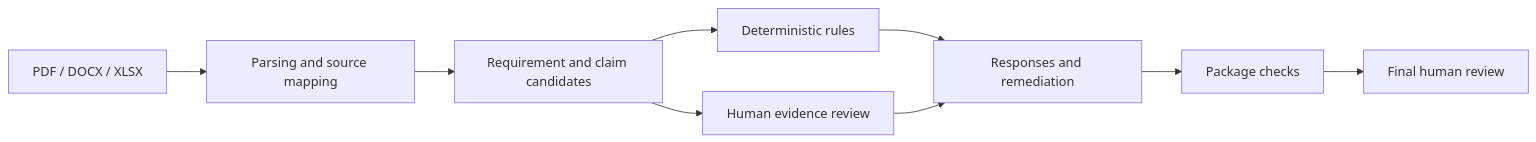
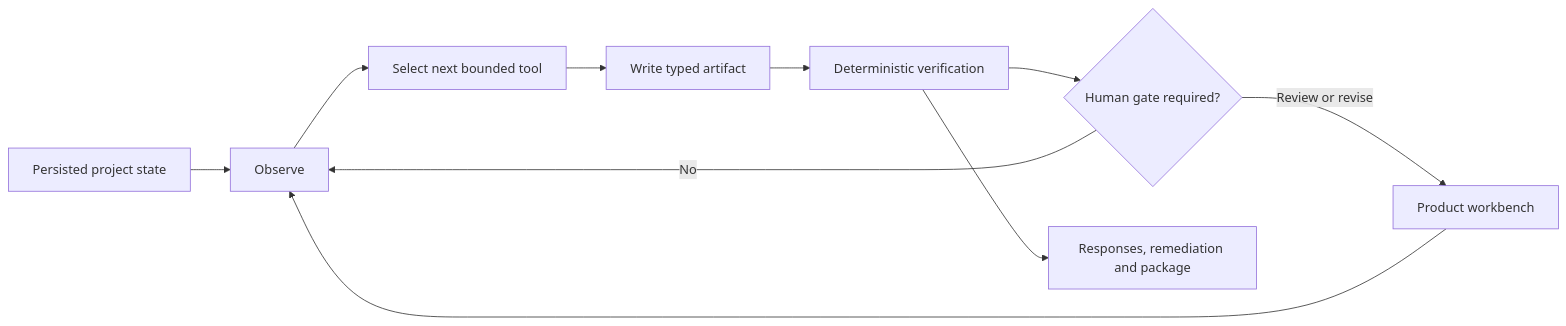
One commit to shawliu998/Dart changed the diagram in README.md. Above: the diagram before and after it, drawn with Mermaid. The commit also changed other lines of this file and 6 other files, not shown here.

````diff
--- a/README.md
+++ b/README.md
@@ -58,11 +75,12 @@
 ```mermaid
 flowchart LR
-    A[PDF / DOCX / XLSX] --> B[Parsing and source mapping]
-    B --> C[Requirement and claim candidates]
-    C --> D[Deterministic rules]
-    C --> E[Human evidence review]
-    D --> F[Responses and remediation]
-    E --> F
-    F --> G[Package checks]
-    G --> H[Final human review]
+    A[Persisted project state] --> B[Observe]
+    B --> C[Select next bounded tool]
+    C --> D[Write typed artifact]
+    D --> E[Deterministic verification]
+    E --> F{Human gate required?}
+    F -->|No| B
+    F -->|Review or revise| G[Product workbench]
+    G --> B
+    E --> H[Responses, remediation and package]
 ```
````
